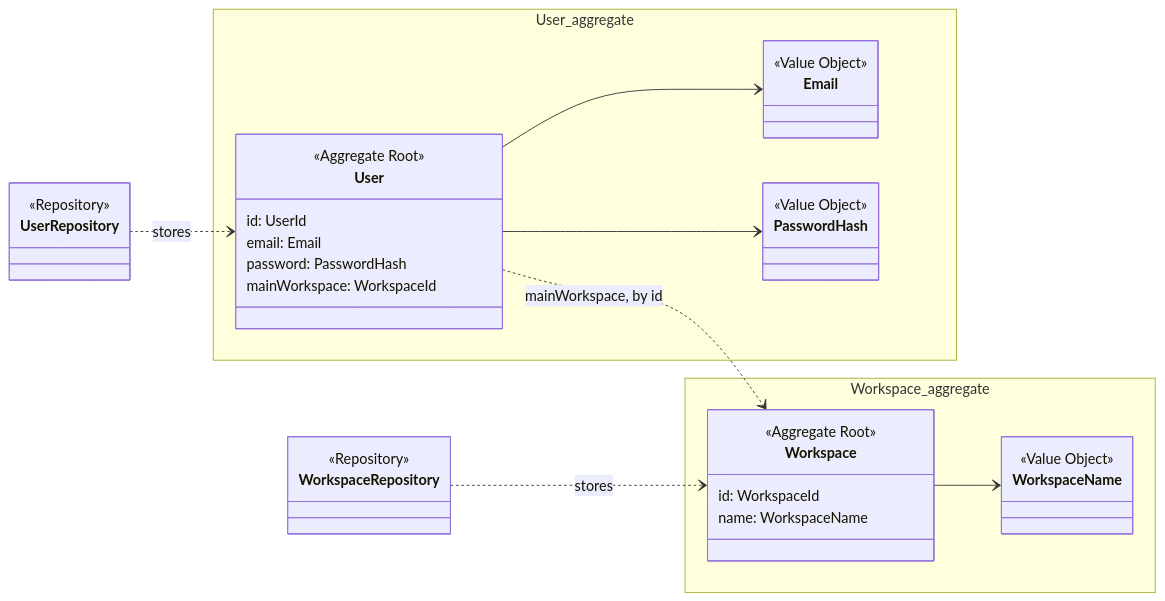
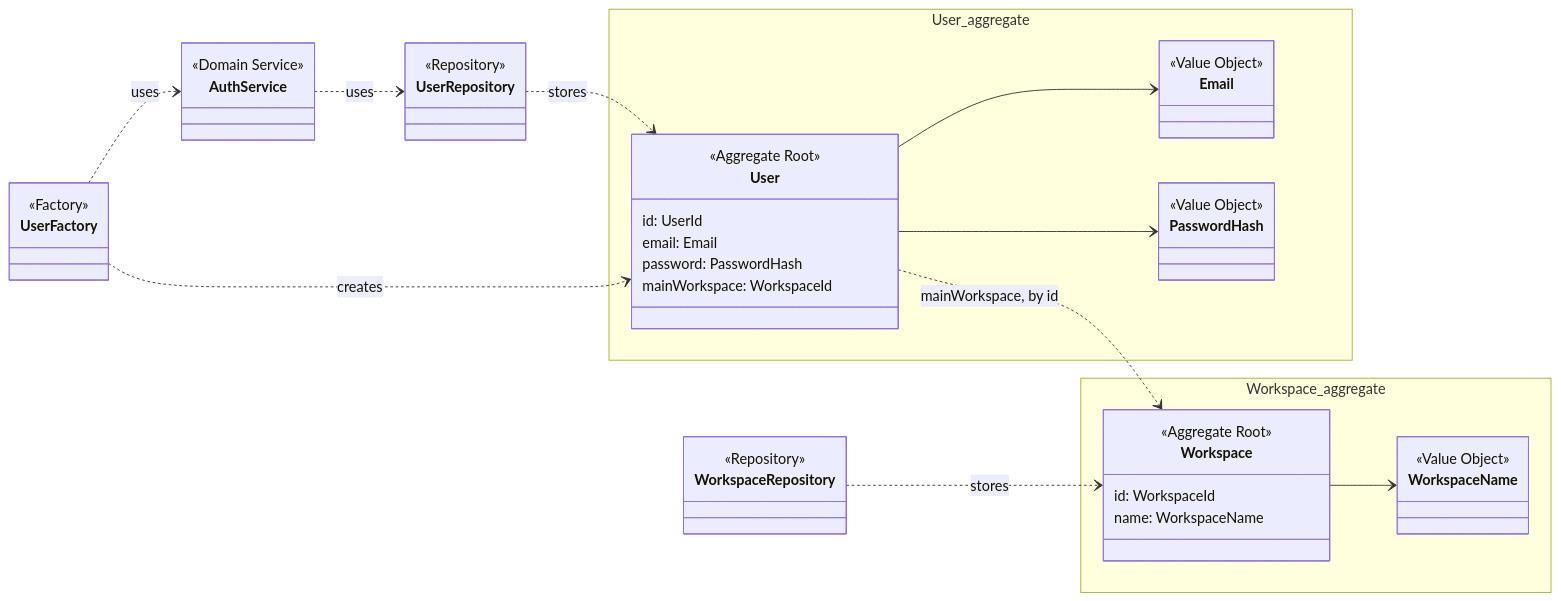
One commit to Bending-Forks/gotion changed the first of 5 diagrams in _includes/tactical-design.md. Above: the diagram before and after it, drawn with Mermaid. The commit also changed other lines of this file and 1 other file, not shown here.

Commit message:
docs: draw the User factory and AuthService, remember folded sidebars

````diff
--- a/_includes/tactical-design.md
+++ b/_includes/tactical-design.md
@@ -27,41 +24,50 @@
 ```mermaid
 classDiagram
   direction LR
   namespace User_aggregate {
     class User {
       <<Aggregate Root>>
       id: UserId
       email: Email
       password: PasswordHash
       mainWorkspace: WorkspaceId
     }
     class Email {
       <<Value Object>>
     }
     class PasswordHash {
       <<Value Object>>
     }
   }
   namespace Workspace_aggregate {
     class Workspace {
       <<Aggregate Root>>
       id: WorkspaceId
       name: WorkspaceName
     }
     class WorkspaceName {
       <<Value Object>>
     }
   }
   class UserRepository {
     <<Repository>>
   }
   class WorkspaceRepository {
     <<Repository>>
   }
+  class UserFactory {
+    <<Factory>>
+  }
+  class AuthService {
+    <<Domain Service>>
+  }
   User --> Email
   User --> PasswordHash
   Workspace --> WorkspaceName
   User ..> Workspace : mainWorkspace, by id
   UserRepository ..> User : stores
   WorkspaceRepository ..> Workspace : stores
+  UserFactory ..> User : creates
+  UserFactory ..> AuthService : uses
+  AuthService ..> UserRepository : uses
 ```
````
